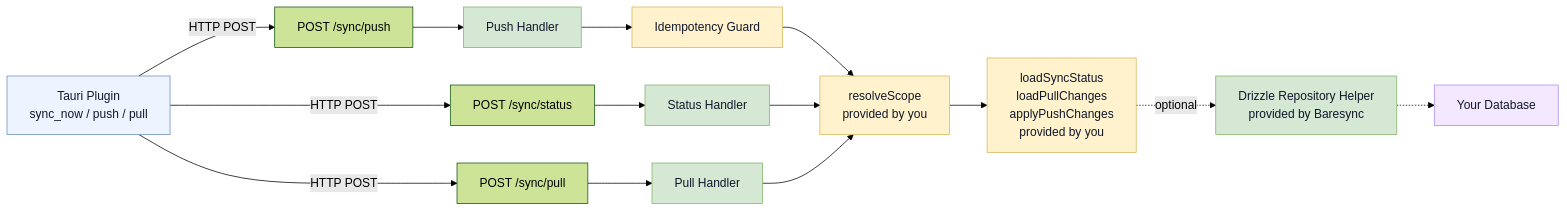
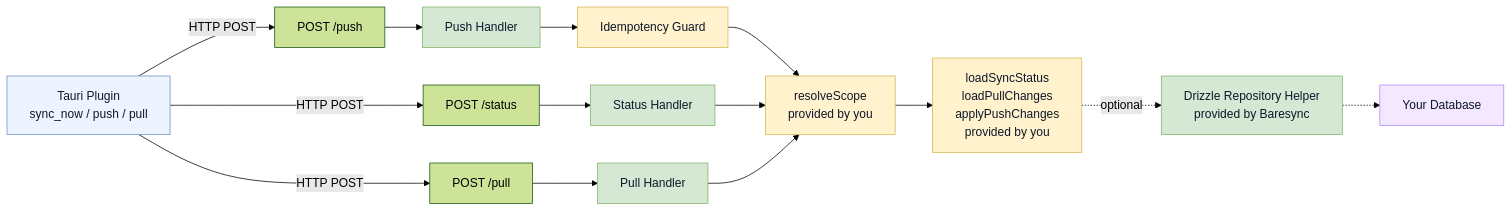
The diagram in apps/docs/content/docs/server/overview.mdx (sakti-dev/baresync), drawn with Mermaid (forest theme) before and after one commit. The commit also changed other lines of this file and 37 other files, not shown here.

````diff
--- a/apps/docs/content/docs/server/overview.mdx
+++ b/apps/docs/content/docs/server/overview.mdx
@@ -53,36 +53,36 @@
 ```mermaid
 flowchart LR
     Plugin["Tauri Plugin\nsync_now / push / pull"]
-    Status["POST /sync/status"]
-    Push["POST /sync/push"]
-    Pull["POST /sync/pull"]
+    Status["POST /status"]
+    Push["POST /push"]
+    Pull["POST /pull"]
 
     Plugin -- "HTTP POST" --> Status
     Plugin -- "HTTP POST" --> Push
     Plugin -- "HTTP POST" --> Pull
 
     Status --> StatusH["Status Handler"]
     Pull --> PullH["Pull Handler"]
     Push --> PushH["Push Handler"]
 
     PushH --> Guard["Idempotency Guard"]
     Guard --> Scope["resolveScope\nprovided by you"]
 
     StatusH --> Scope
     PullH --> Scope
 
     Scope --> Callbacks["loadSyncStatus\nloadPullChanges\napplyPushChanges\nprovided by you"]
 
     Callbacks -.->|"optional"| Helper["Drizzle Repository Helper\nprovided by Baresync"]
     Helper -.-> DB["Your Database"]
 
     style Plugin fill:#eef4ff,stroke:#6c8ebf,color:#0f172a
     style Guard fill:#fff2cc,stroke:#d6b656,color:#0f172a
     style Scope fill:#fff2cc,stroke:#d6b656,color:#0f172a
     style Callbacks fill:#fff2cc,stroke:#d6b656,color:#0f172a
     style StatusH fill:#d5e8d4,stroke:#82b366,color:#0f172a
     style PullH fill:#d5e8d4,stroke:#82b366,color:#0f172a
     style PushH fill:#d5e8d4,stroke:#82b366,color:#0f172a
     style Helper fill:#d5e8d4,stroke:#82b366,color:#0f172a
     style DB fill:#f3e8ff,stroke:#a78bfa,color:#0f172a
 ```
````
